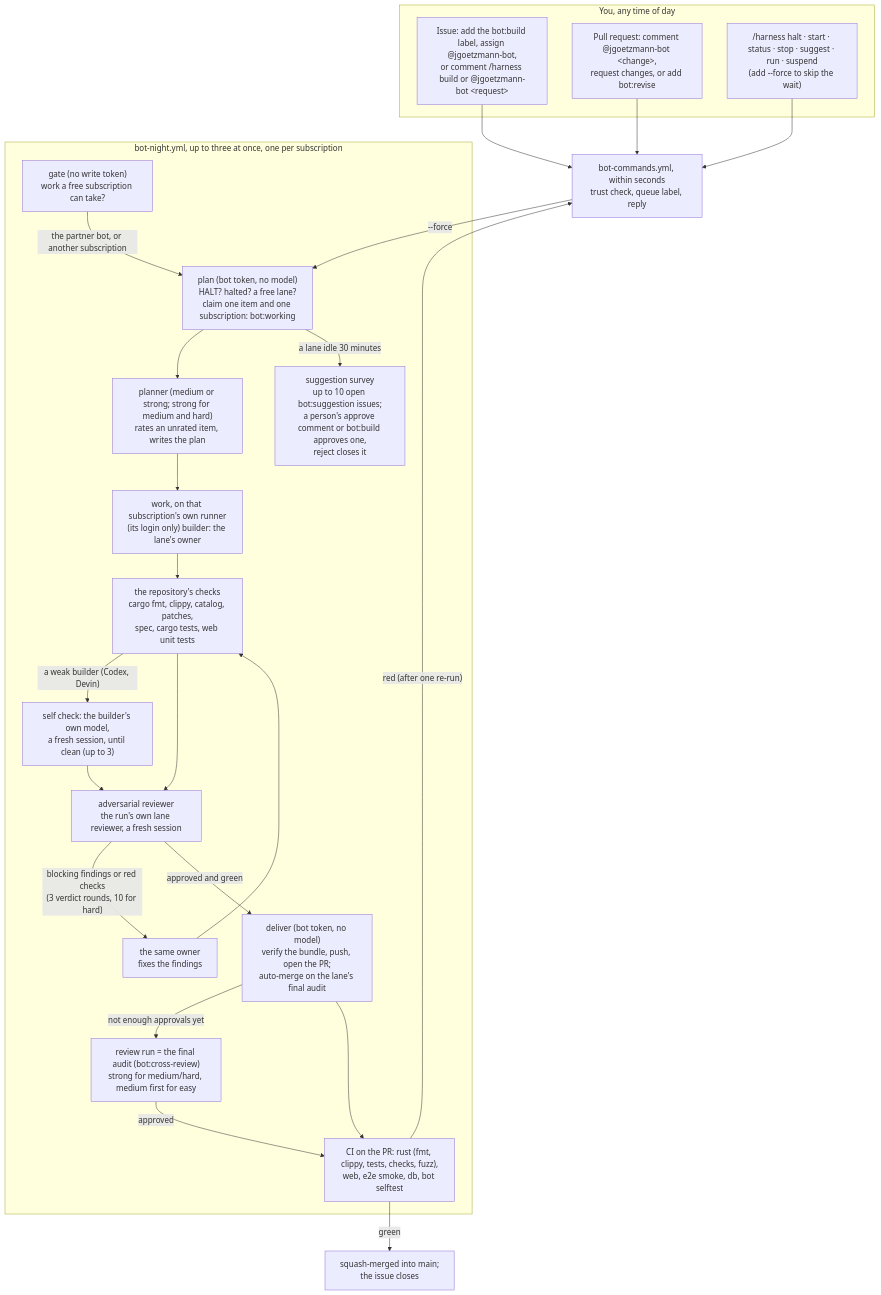
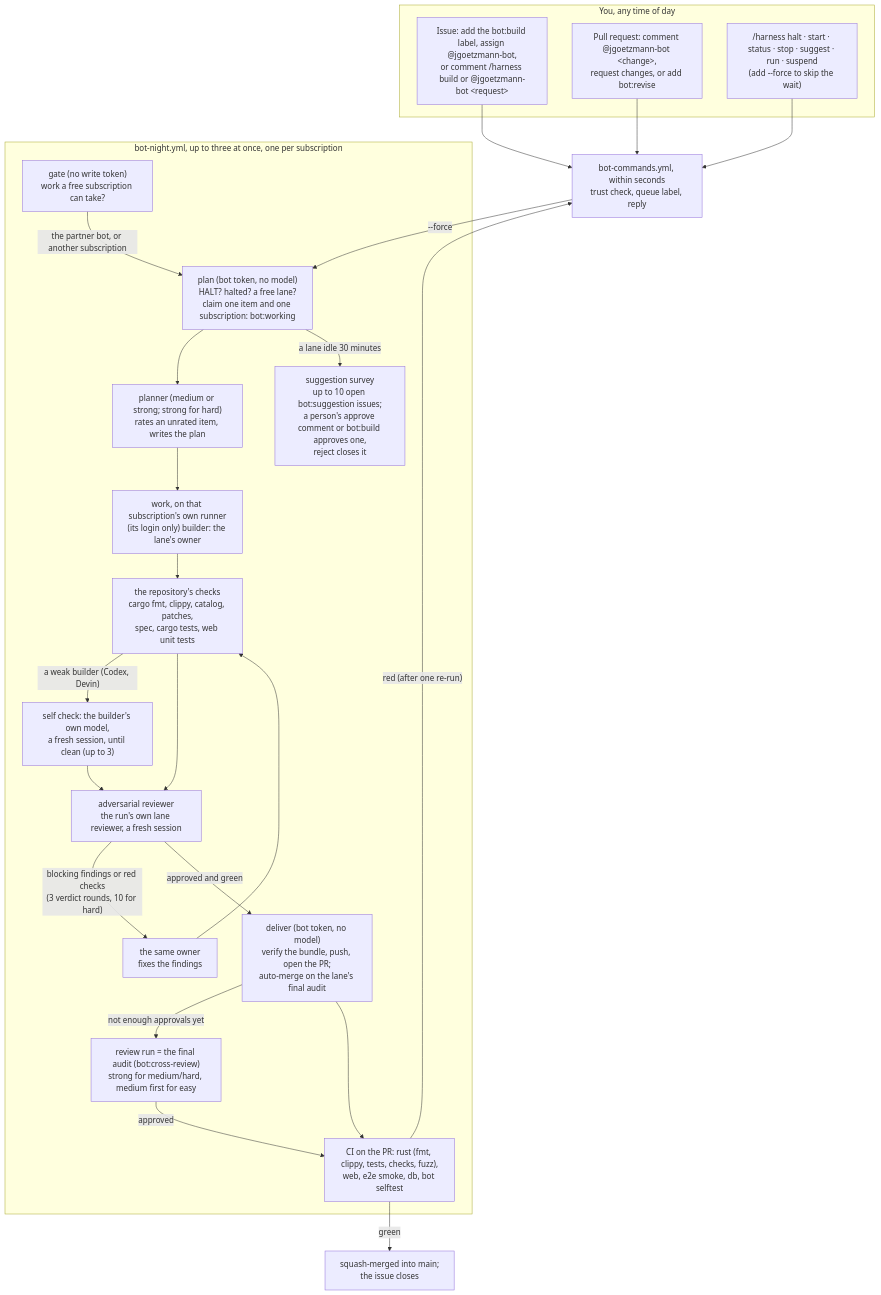
Before and after one commit to Jlore-Studios/JackiOh: the diagram in bot/README.md, drawn with Mermaid. The commit also changed other lines of this file and 2 other files, not shown here.

First line of the commit message:
Architecture: the README shows where the game, the bots and the AWS boxes run (#1275)

````diff
--- a/bot/README.md
+++ b/bot/README.md
@@ -31,33 +31,33 @@
 ```mermaid
 flowchart TD
   subgraph you["You, any time of day"]
     I["Issue: add the bot:build label, assign @jgoetzmann-bot,<br/>or comment /harness build or @jgoetzmann-bot &lt;request&gt;"]
     P["Pull request: comment @jgoetzmann-bot &lt;change&gt;,<br/>request changes, or add bot:revise"]
     K["/harness halt · start · status · stop · suggest · run · suspend<br/>(add --force to skip the wait)"]
   end
   I --> E
   P --> E
   K --> E
   E["bot-commands.yml, within seconds<br/>trust check, queue label, reply"]
   E -- "--force" --> PL
   subgraph night["bot-night.yml, up to three at once, one per subscription"]
     GA["gate (no write token)<br/>work a free subscription can take?"]
     GA -- "the partner bot, or another subscription" --> PL
     PL["plan (bot token, no model)<br/>HALT? halted? a free lane?<br/>claim one item and one subscription: bot:working"]
-    PL --> PN["planner (medium or strong; strong for medium and hard)<br/>rates an unrated item, writes the plan"]
+    PL --> PN["planner (medium or strong; strong for hard)<br/>rates an unrated item, writes the plan"]
     PN --> B["work, on that subscription's own runner<br/>(its login only) builder: the lane's owner"]
     B --> G["the repository's checks<br/>cargo fmt, clippy, catalog, patches,<br/>spec, cargo tests, web unit tests"]
     G -- "a weak builder (Codex, Devin)" --> SC["self check: the builder's own model,<br/>a fresh session, until clean (up to 3)"]
     SC --> R
     G --> R["adversarial reviewer<br/>the run's own lane reviewer, a fresh session"]
     R -- "blocking findings or red checks<br/>(3 verdict rounds, 10 for hard)" --> F["the same owner<br/>fixes the findings"]
     F --> G
     R -- "approved and green" --> D["deliver (bot token, no model)<br/>verify the bundle, push, open the PR;<br/>auto-merge on the lane's final audit"]
     D -- "not enough approvals yet" --> X["review run = the final audit (bot:cross-review)<br/>strong for medium/hard, medium first for easy"]
     X -- "approved" --> CI
     PL -- "a lane idle 30 minutes" --> S["suggestion survey<br/>up to 10 open bot:suggestion issues;<br/>a person's approve comment or bot:build approves one,<br/>reject closes it"]
   end
   D --> CI["CI on the PR: rust (fmt, clippy, tests, checks, fuzz),<br/>web, e2e smoke, db, bot selftest"]
   CI -- "green" --> M["squash-merged into main;<br/>the issue closes"]
   CI -- "red (after one re-run)" --> E
 ```
````
